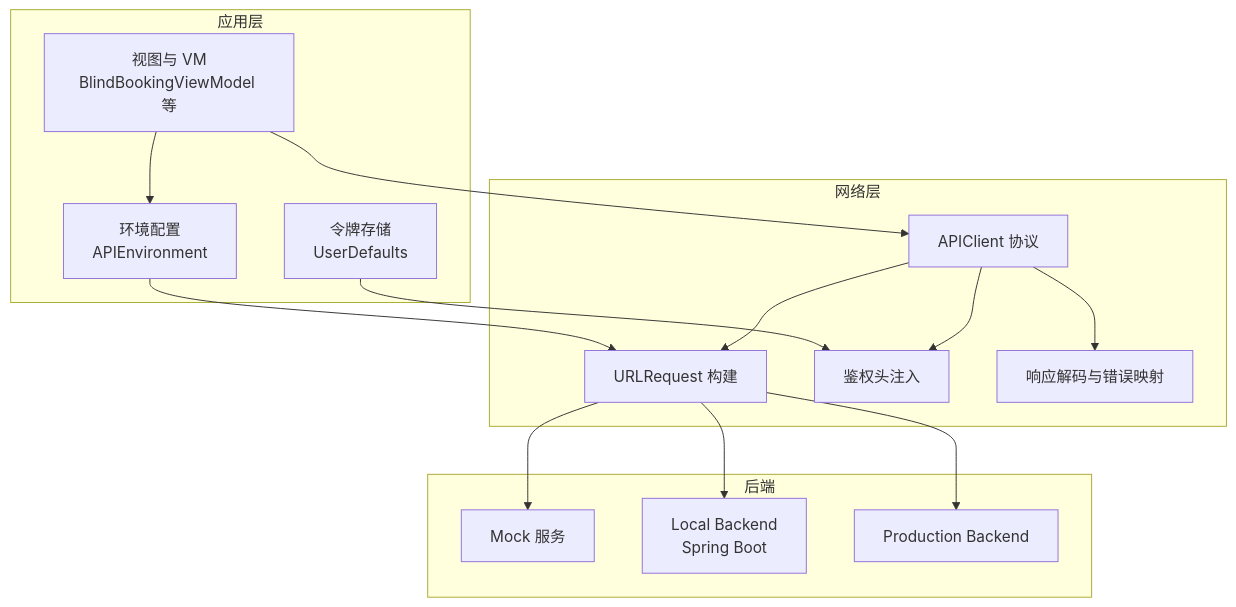
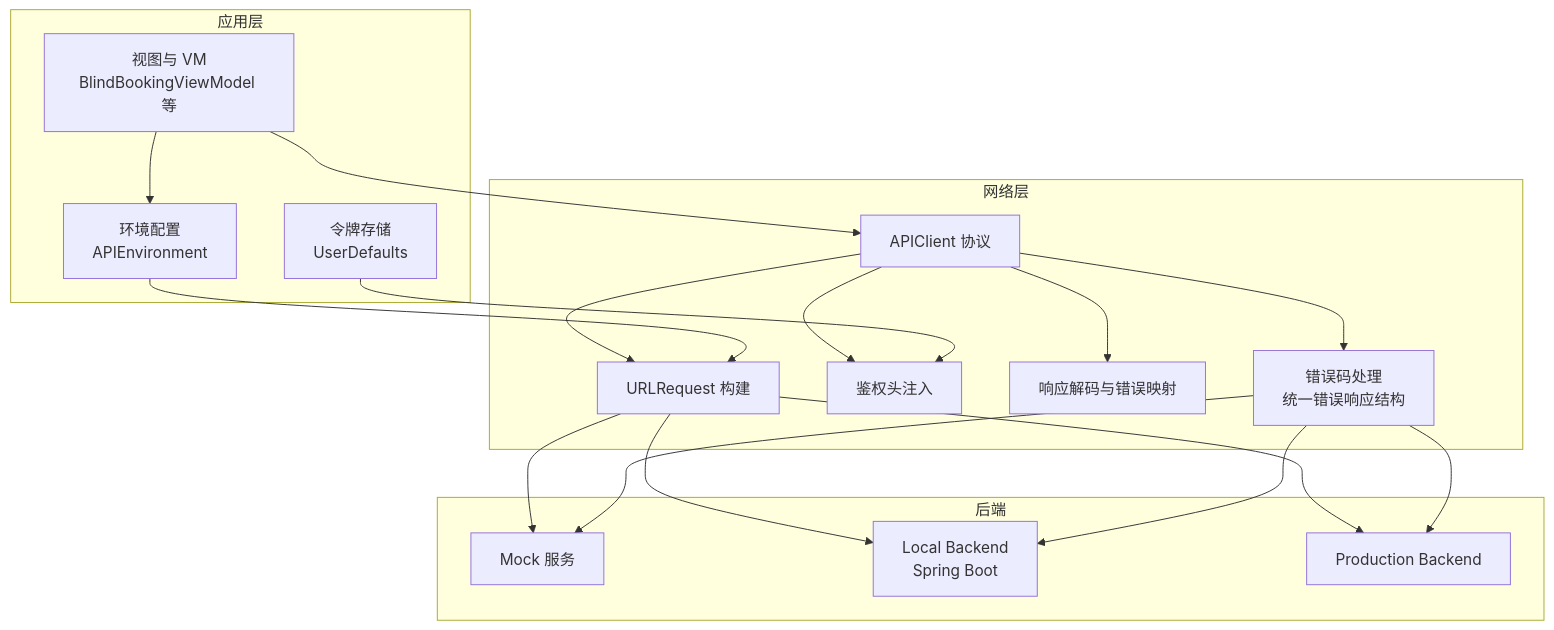
Before and after one commit to Jayden23018/blind-run-ios: the second of 5 diagrams in .qoder/repowiki/zh/content/架构设计/API 环境配置.md, drawn with Mermaid. The commit also changed other lines of this file and 10 other files, not shown here.

````diff
--- a/.qoder/repowiki/zh/content/架构设计/API 环境配置.md
+++ b/.qoder/repowiki/zh/content/架构设计/API 环境配置.md
@@ -88,29 +110,34 @@
 ```mermaid
 graph TB
 subgraph "应用层"
 UI["视图与 VM<br/>BlindBookingViewModel 等"]
 CFG["环境配置<br/>APIEnvironment"]
 TOK["令牌存储<br/>UserDefaults"]
 end
 subgraph "网络层"
 AC["APIClient 协议"]
 UR["URLRequest 构建"]
 HDR["鉴权头注入"]
 DEC["响应解码与错误映射"]
+ERR["错误码处理<br/>统一错误响应结构"]
 end
 subgraph "后端"
 MOCK["Mock 服务"]
 LB["Local Backend<br/>Spring Boot"]
 PRD["Production Backend"]
 end
 UI --> CFG
 UI --> AC
 AC --> UR
 AC --> HDR
 AC --> DEC
+AC --> ERR
 CFG --> UR
 TOK --> HDR
 UR --> LB
 UR --> PRD
 UR --> MOCK
+ERR --> PRD
+ERR --> LB
+ERR --> MOCK
 ```
````
